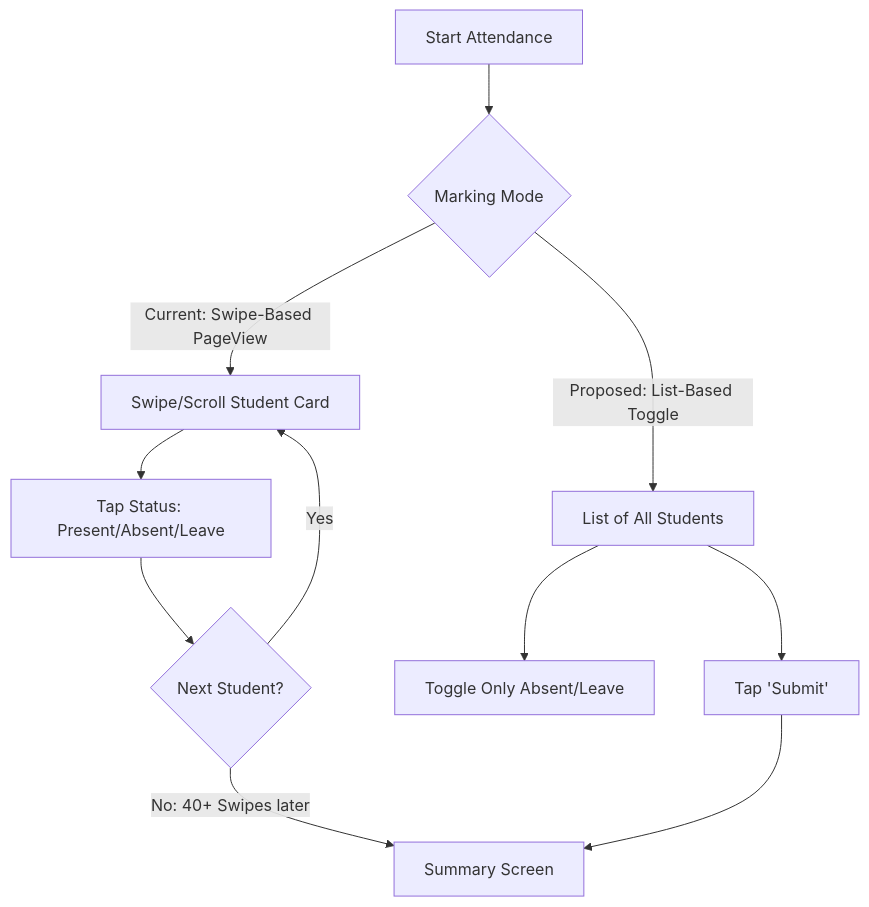
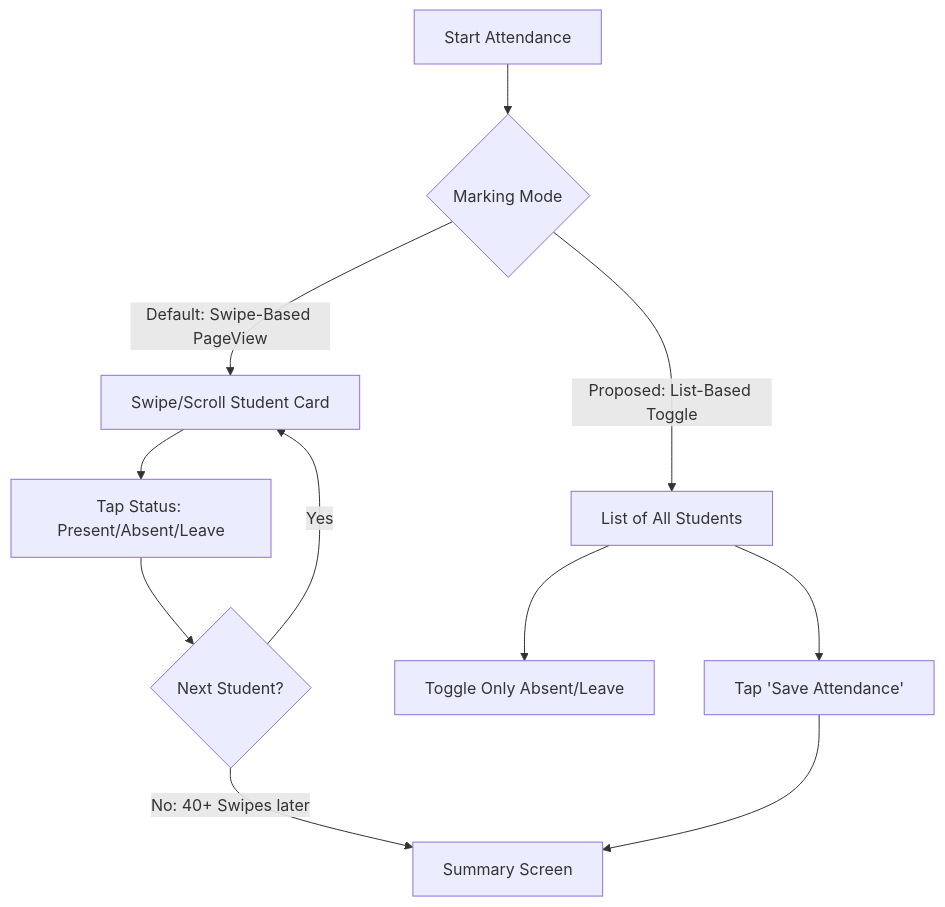
The first of 3 diagrams in UX_REPORT.md (PandeyUpendra/school-attendance-app), drawn with Mermaid before and after one commit. The commit also changed other lines of this file and 5 other files, not shown here.

````diff
--- a/UX_REPORT.md
+++ b/UX_REPORT.md
@@ -26,14 +26,14 @@
-```mermaid
-graph TD
-    A[Start Attendance] --> B{Marking Mode}
-    B -->|Current: Swipe-Based PageView| C[Swipe/Scroll Student Card]
-    C --> D[Tap Status: Present/Absent/Leave]
-    D --> E{Next Student?}
-    E -->|Yes| C
-    E -->|No: 40+ Swipes later| F[Summary Screen]
-    
-    B -->|Proposed: List-Based Toggle| G[List of All Students]
-    G --> H[Toggle Only Absent/Leave]
-    G --> I[Tap 'Submit']
-    I --> F
-```
+  ```mermaid
+  graph TD
+      A[Start Attendance] --> B{Marking Mode}
+      B -->|Default: Swipe-Based PageView| C[Swipe/Scroll Student Card]
+      C --> D[Tap Status: Present/Absent/Leave]
+      D --> E{Next Student?}
+      E -->|Yes| C
+      E -->|No: 40+ Swipes later| F[Summary Screen]
+      
+      B -->|Proposed: List-Based Toggle| G[List of All Students]
+      G --> H[Toggle Only Absent/Leave]
+      G --> I[Tap 'Save Attendance']
+      I --> F
+  ```
````
